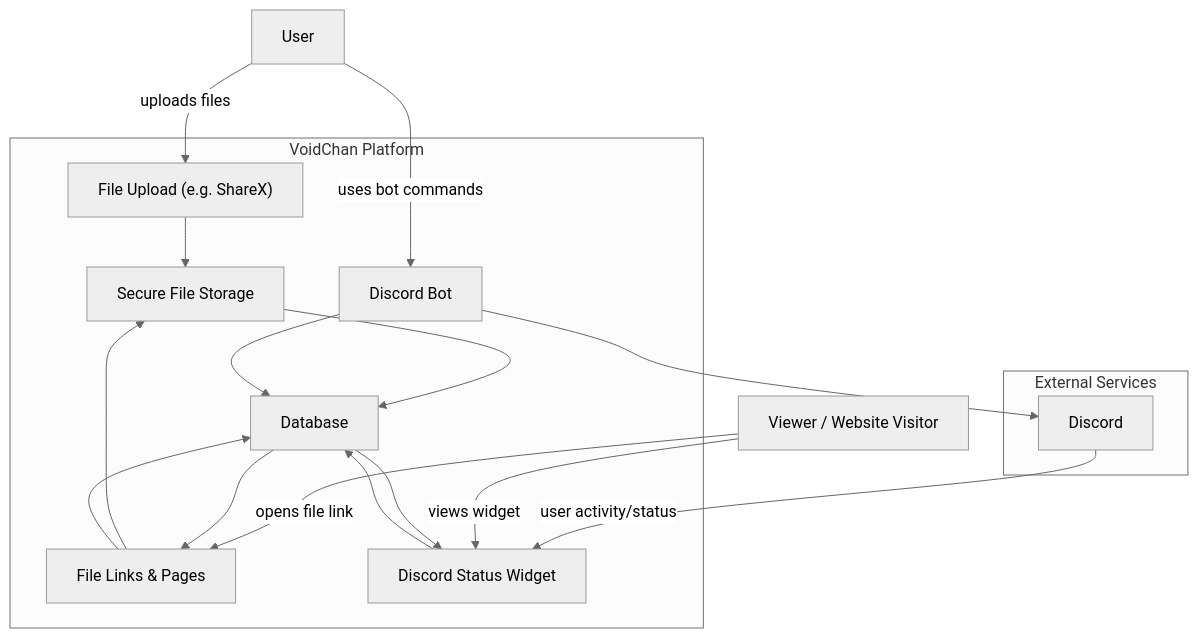
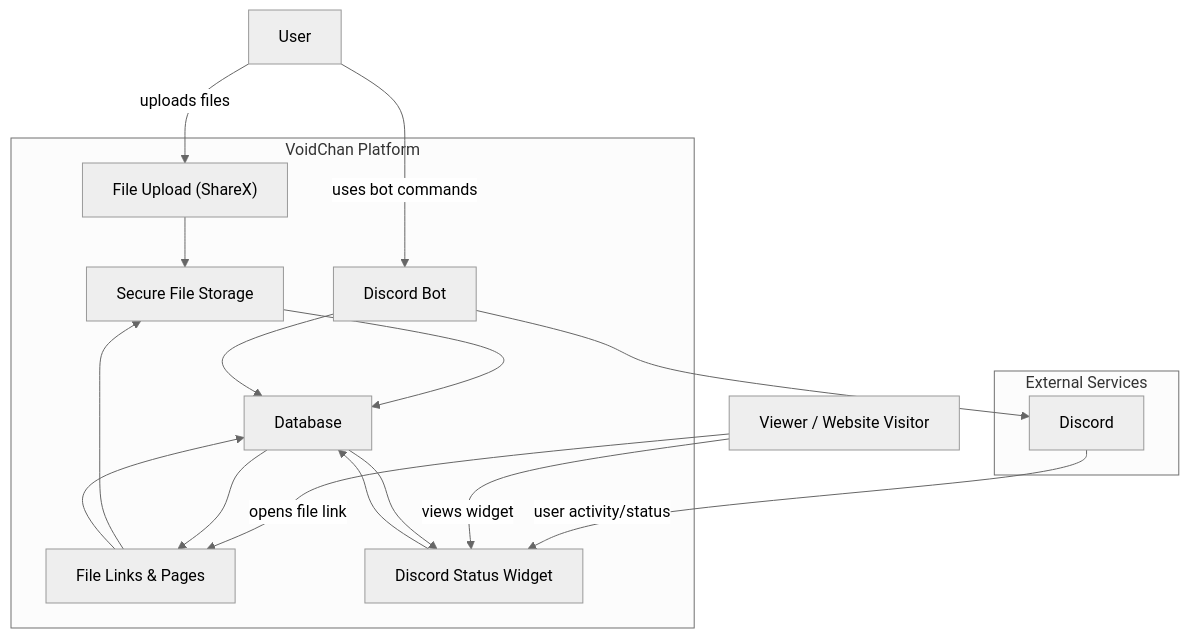
Before and after one commit to reinacchi/voidchan: the diagram in README.md, drawn with Mermaid (neutral theme).

Commit message:
fix(readme): fix formatting of File Upload description

````diff
--- a/README.md
+++ b/README.md
@@ -51,41 +51,41 @@
 ```mermaid
 flowchart TB
     %% Users
     User[User]
     Viewer[Viewer / Website Visitor]
 
     %% Main system
     subgraph VoidChan["VoidChan Platform"]
-        Upload["File Upload (e.g. ShareX)"]
+        Upload["File Upload (ShareX)"]
         Storage["Secure File Storage"]
         FileLinks["File Links & Pages"]
         Presence["Discord Status Widget"]
         Bot["Discord Bot"]
         Database["Database"]
     end
 
     %% External services
     subgraph External["External Services"]
         Discord[Discord]
     end
 
     %% Flows
     User -->|"uploads files"| Upload
     Upload --> Storage
     Storage --> Database
 
     Viewer -->|"opens file link"| FileLinks
     FileLinks --> Storage
     FileLinks --> Database
 
     User -->|"uses bot commands"| Bot
     Bot --> Discord
     Bot --> Database
 
     Discord -->|"user activity/status"| Presence
     Presence --> Database
     Viewer -->|"views widget"| Presence
 
     Database --> FileLinks
     Database --> Presence
 ```
````
